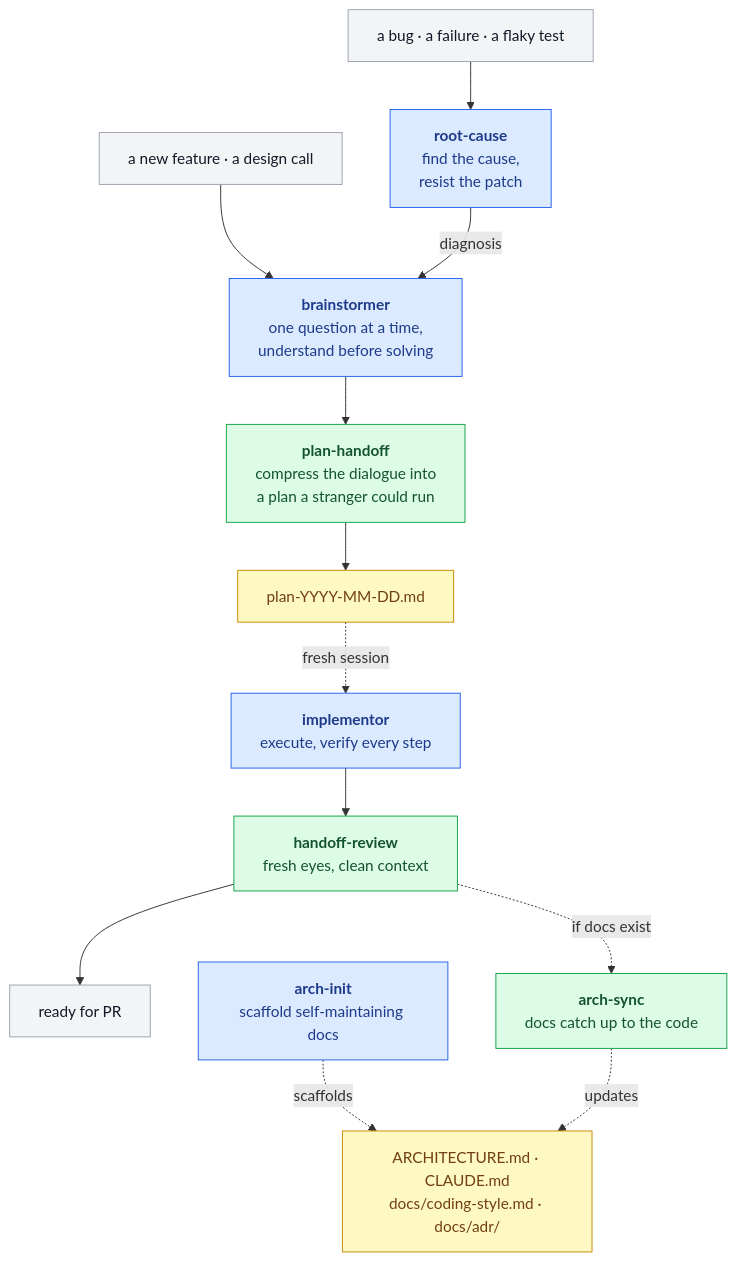
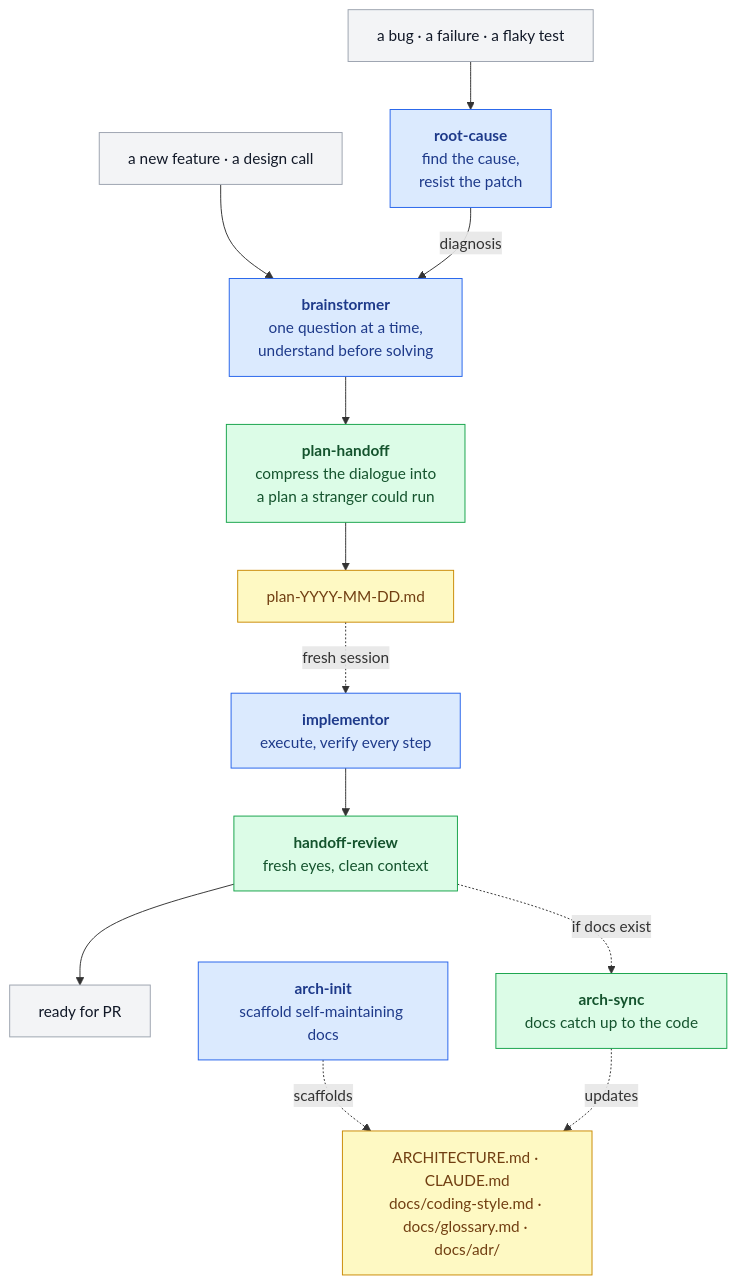
Before and after one commit to pilat/pilat-marketplace: the diagram in README.md, drawn with Mermaid. The commit also changed other lines of this file and 5 other files, not shown here.

````diff
--- a/README.md
+++ b/README.md
@@ -21,42 +21,42 @@
 ```mermaid
 flowchart TD
     bug["a bug · a failure · a flaky test"]:::edge
     feat["a new feature · a design call"]:::edge
 
     bug --> rc
     feat --> bs
 
     rc["<b>root-cause</b><br/>find the cause,<br/>resist the patch"]:::manual
     rc -->|diagnosis| bs
 
     bs["<b>brainstormer</b><br/>one question at a time,<br/>understand before solving"]:::manual
     bs --> ph
 
     ph["<b>plan-handoff</b><br/>compress the dialogue into<br/>a plan a stranger could run"]:::auto
     ph --> plan
 
     plan["plan-YYYY-MM-DD.md"]:::artifact
     plan -. fresh session .-> impl
 
     impl["<b>implementor</b><br/>execute, verify every step"]:::manual
     impl --> hr
 
     hr["<b>handoff-review</b><br/>fresh eyes, clean context"]:::auto
     hr --> pr
 
     pr["ready for PR"]:::edge
 
     %% optional architecture-docs track
     ai["<b>arch-init</b><br/>scaffold self-maintaining docs"]:::manual
     asy["<b>arch-sync</b><br/>docs catch up to the code"]:::auto
-    docs["ARCHITECTURE.md · CLAUDE.md<br/>docs/coding-style.md · docs/adr/"]:::artifact
+    docs["ARCHITECTURE.md · CLAUDE.md<br/>docs/coding-style.md · docs/glossary.md · docs/adr/"]:::artifact
 
     ai -. scaffolds .-> docs
     hr -. if docs exist .-> asy
     asy -. updates .-> docs
 
     classDef edge fill:#f3f4f6,stroke:#9ca3af,color:#111827;
     classDef manual fill:#dbeafe,stroke:#2563eb,color:#1e3a8a;
     classDef auto fill:#dcfce7,stroke:#16a34a,color:#14532d;
     classDef artifact fill:#fef9c3,stroke:#ca8a04,color:#713f12;
 ```
````
